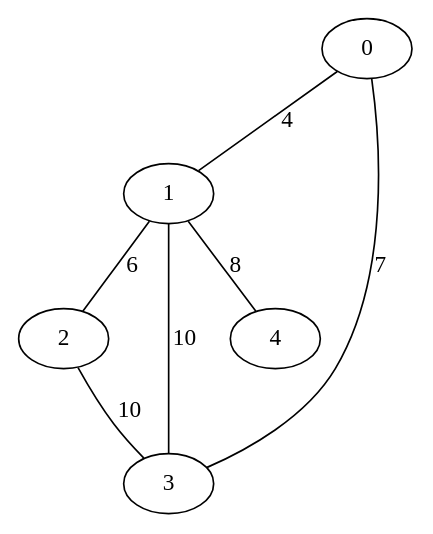
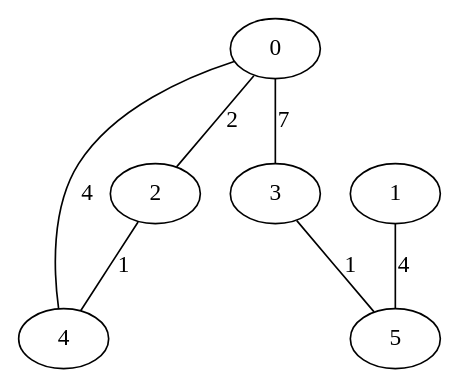
The diagram in grafos/arquivos/grafoAleatorio.dot (lucasszanotelli/TPA), drawn with Graphviz before and after one commit. The commit also changed 5 other files, not shown here.

```diff
--- a/grafos/arquivos/grafoAleatorio.dot
+++ b/grafos/arquivos/grafoAleatorio.dot
@@ -1,13 +1,14 @@
 graph G {
     0;
     1;
     2;
     3;
     4;
+    5;
+    0 -- 2 [label=2, weight=2];
     0 -- 3 [label=7, weight=7];
-    0 -- 1 [label=4, weight=4];
-    1 -- 2 [label=6, weight=6];
-    1 -- 3 [label=10, weight=10];
-    1 -- 4 [label=8, weight=8];
-    2 -- 3 [label=10, weight=10];
+    0 -- 4 [label=4, weight=4];
+    1 -- 5 [label=4, weight=4];
+    2 -- 4 [label=1, weight=1];
+    3 -- 5 [label=1, weight=1];
 }
```
